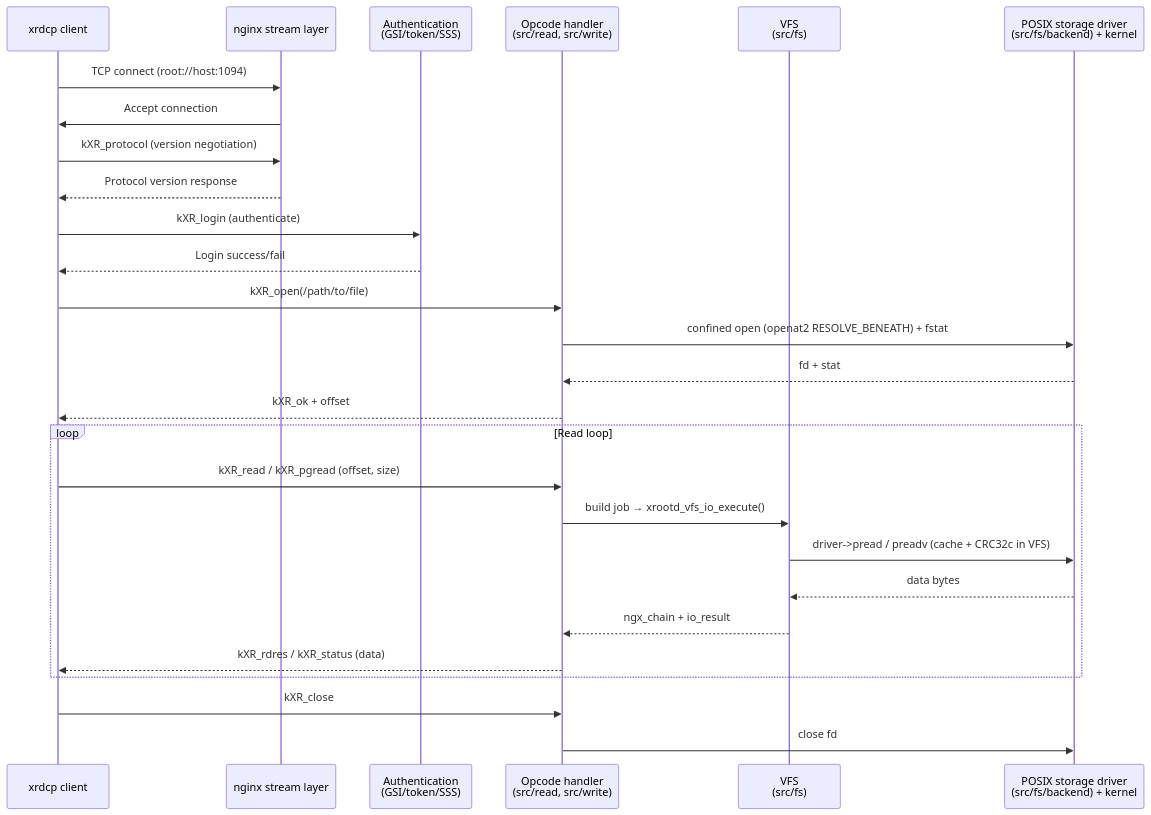
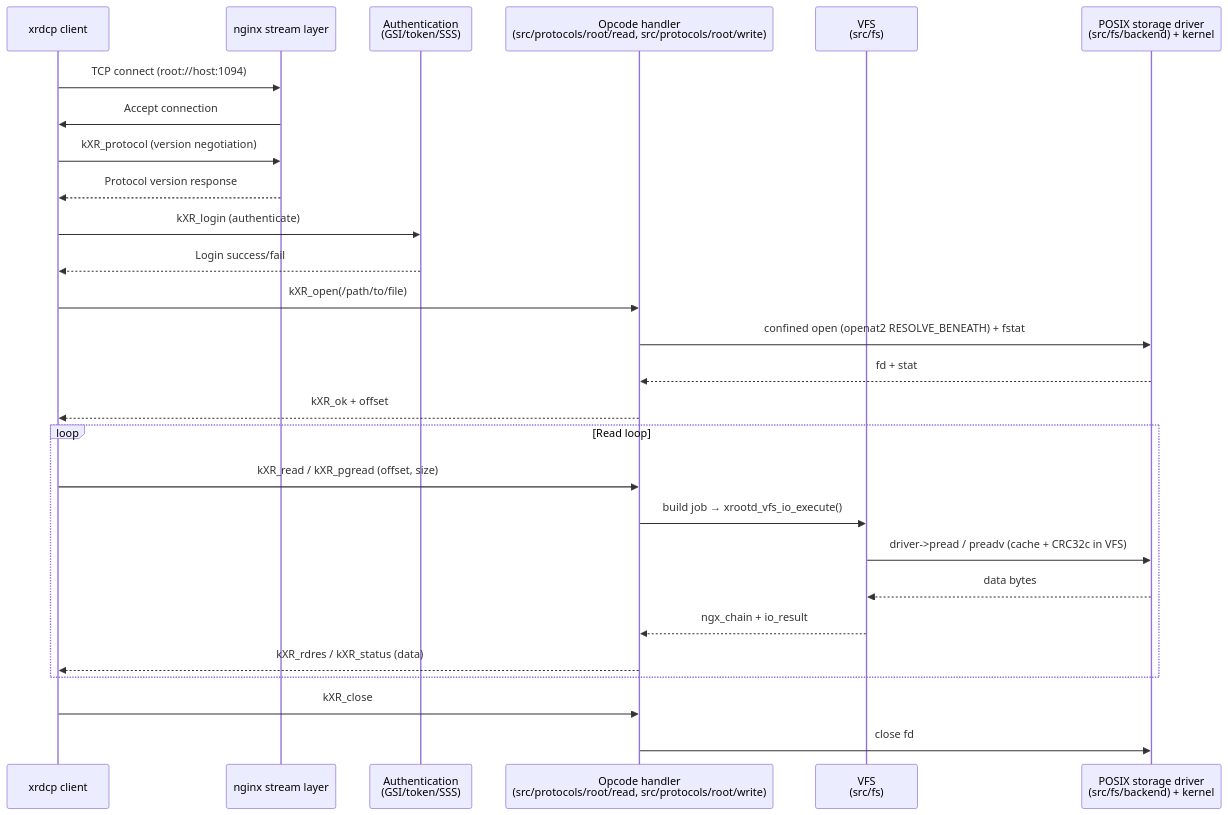
Before and after one commit to rob-c/brix-cache: the fourth of 6 diagrams in docs/10-architecture/overview.md, drawn with Mermaid. The commit also changed other lines of this file and 524 other files, not shown here.

First line of the commit message:
phase-66 step 7: protocols/root/ — the root:// protocol plane (largest, last)

````diff
--- a/docs/10-architecture/overview.md
+++ b/docs/10-architecture/overview.md
@@ -195,30 +195,30 @@
 ```mermaid
 sequenceDiagram
     participant Client as xrdcp client
     participant TCP as nginx stream layer
     participant Auth as Authentication<br/>(GSI/token/SSS)
-    participant Ops as Opcode handler<br/>(src/read, src/write)
+    participant Ops as Opcode handler<br/>(src/protocols/root/read, src/protocols/root/write)
     participant VFS as VFS<br/>(src/fs)
     participant SD as POSIX storage driver<br/>(src/fs/backend) + kernel
     
     Client->>TCP: TCP connect (root://host:1094)
     TCP->>Client: Accept connection
     Client->>TCP: kXR_protocol (version negotiation)
     TCP-->>Client: Protocol version response
     Client->>Auth: kXR_login (authenticate)
     Auth-->>Client: Login success/fail
     Client->>Ops: kXR_open(/path/to/file)
     Ops->>SD: confined open (openat2 RESOLVE_BENEATH) + fstat
     SD-->>Ops: fd + stat
     Ops-->>Client: kXR_ok + offset
     loop Read loop
         Client->>Ops: kXR_read / kXR_pgread (offset, size)
         Ops->>VFS: build job → xrootd_vfs_io_execute()
         VFS->>SD: driver->pread / preadv (cache + CRC32c in VFS)
         SD-->>VFS: data bytes
         VFS-->>Ops: ngx_chain + io_result
         Ops-->>Client: kXR_rdres / kXR_status (data)
     end
     Client->>Ops: kXR_close
     Ops->>SD: close fd
 ```
````
